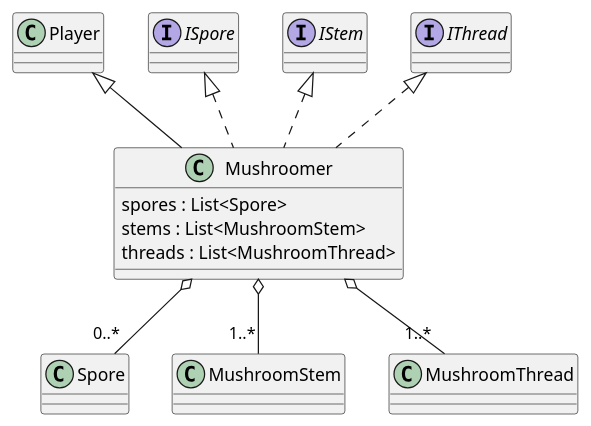
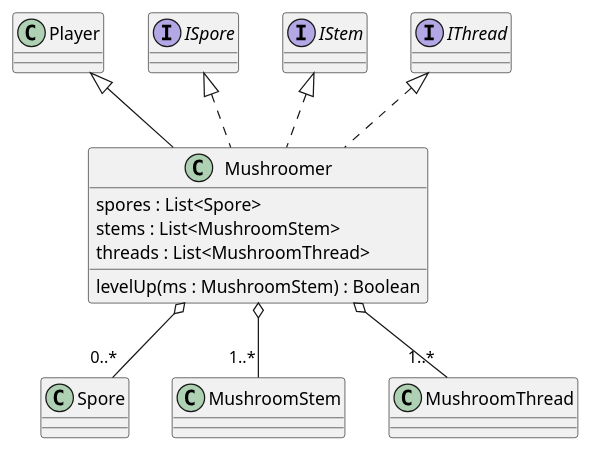
One commit to Petya-G/fungorium changed the diagram in 5/classes/player/mushroomer.puml. Above: the diagram before and after it, drawn with PlantUML. The commit also changed 12 other files, not shown here.

Commit message:
spores, endturns, class diagram fix

```diff
--- a/5/classes/player/mushroomer.puml
+++ b/5/classes/player/mushroomer.puml
@@ -1,12 +1,13 @@
 @startuml mushroomer
 
 Mushroomer o-- "0..*" Spore
 Mushroomer o-- "1..*" MushroomStem
 Mushroomer o-- "1..*" MushroomThread
 class Mushroomer extends Player implements ISpore, IStem, IThread{
     spores : List<Spore>
     stems : List<MushroomStem>
     threads : List<MushroomThread>
+    levelUp(ms : MushroomStem) : Boolean
 }
 
 @enduml
```
